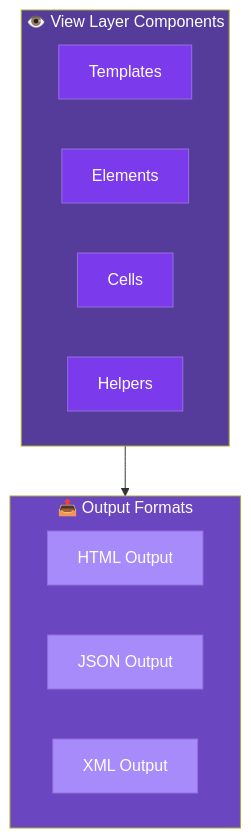
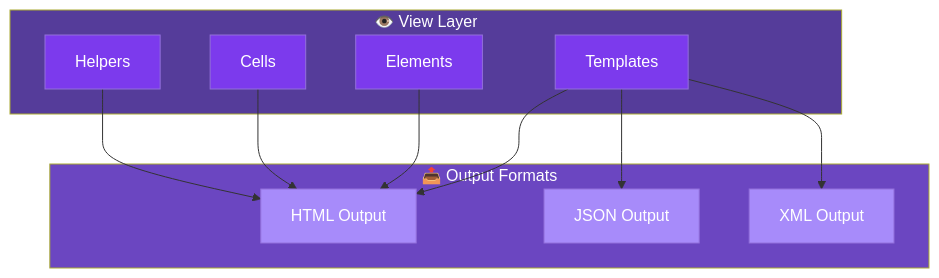
Before and after one commit to abhayraj-ops/Cake-Learn: the third of 6 diagrams in docs/01-cakephp-at-a-glance.md, drawn with Mermaid. The commit also changed other lines of this file, not shown here.

Commit message:
Fix Model and View Layer diagrams - restore tree hierarchy
- Fixed Model Layer diagram to show proper tree structure
  - Business Logic → User Management, Associations
  - Data Validation → Rules & Constraints
  - Database Operations → CRUD Operations

- Fixed View Layer diagram to show proper tree structure
  - Templates, Elements, Cells, Helpers → Output Formats
  - All components flow to HTML, JSON, XML outputs

- Maintained dark styling and color scheme
- Restored meaningful hierarchical relationships
- Diagrams now properly represent component relationships

````diff
--- a/docs/01-cakephp-at-a-glance.md
+++ b/docs/01-cakephp-at-a-glance.md
@@ -175,27 +178,32 @@
 ```mermaid
 graph TB
-    subgraph ViewLayer["👁️ View Layer Components"]
+    subgraph ViewLayer["👁️ View Layer"]
         A["Templates"]
         B["Elements"]
         C["Cells"]
         D["Helpers"]
     end
 
     subgraph Outputs["📤 Output Formats"]
         F["HTML Output"]
         G["JSON Output"]
         H["XML Output"]
     end
 
-    ViewLayer --> Outputs
+    A --> F
+    A --> G
+    A --> H
+    B --> F
+    C --> F
+    D --> F
 
     style ViewLayer fill:#553c9a,color:#fff
     style Outputs fill:#6b46c1,color:#fff
     style A fill:#7c3aed,color:#fff
     style B fill:#7c3aed,color:#fff
     style C fill:#7c3aed,color:#fff
     style D fill:#7c3aed,color:#fff
     style F fill:#a78bfa,color:#fff
     style G fill:#a78bfa,color:#fff
     style H fill:#a78bfa,color:#fff
 ```
````
